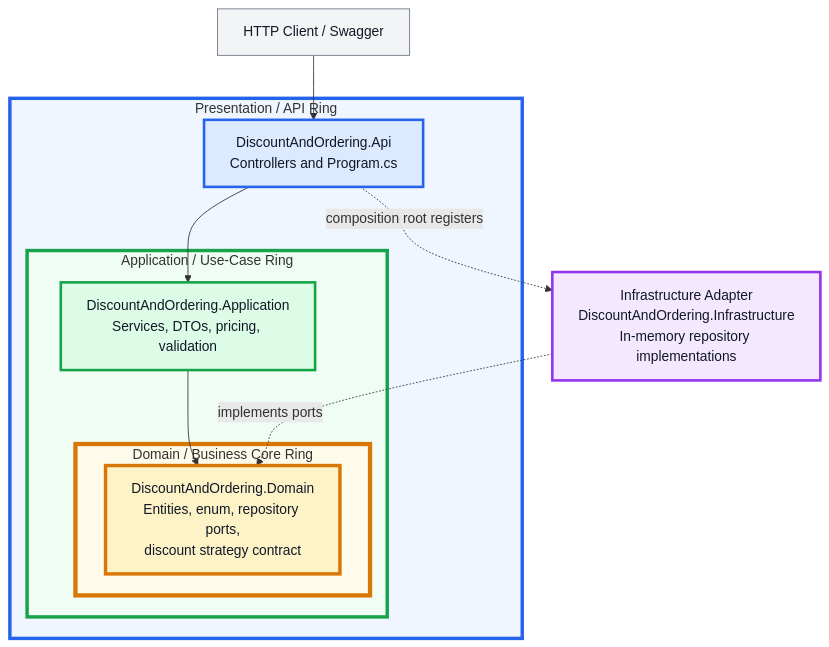
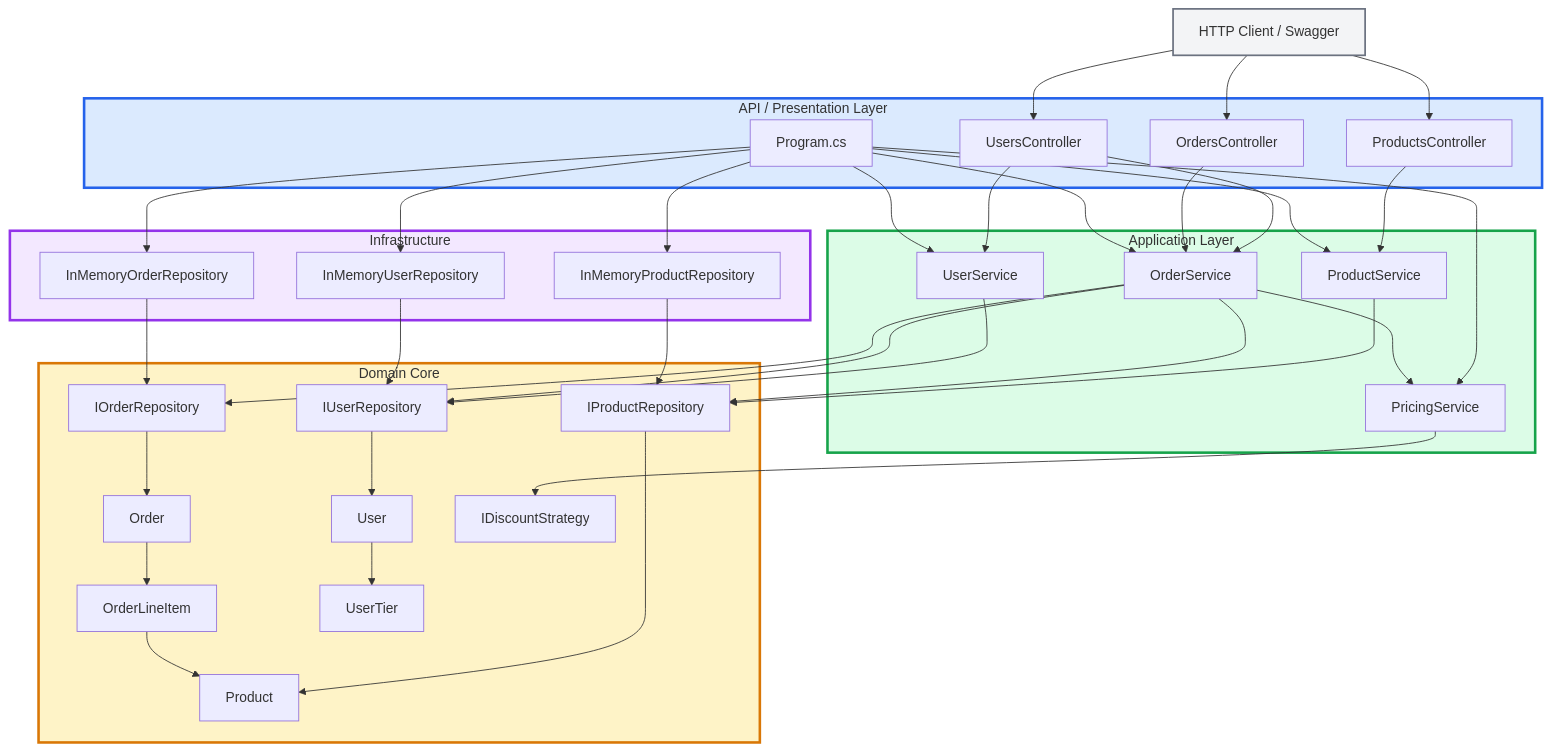
Before and after one commit to getdipakkumar2008-coder/strategypatterndiscountuserorder: the first of 5 diagrams in OnionandDDD.md, drawn with Mermaid. The commit also changed other lines of this file, not shown here.

Commit message:
Simplify and fix Mermaid diagrams for clarity and correctness.

````diff
--- a/OnionandDDD.md
+++ b/OnionandDDD.md
@@ -9,40 +9,80 @@
 ```mermaid
-flowchart TB
+graph TB
     CLIENT["HTTP Client / Swagger"]
-
-    subgraph API_RING["Presentation / API Ring"]
-        API["DiscountAndOrdering.Api<br/>Controllers and Program.cs"]
-
-        subgraph APP_RING["Application / Use-Case Ring"]
-            APP["DiscountAndOrdering.Application<br/>Services, DTOs, pricing, validation"]
-
-            subgraph DOMAIN_RING["Domain / Business Core Ring"]
-                DOMAIN["DiscountAndOrdering.Domain<br/>Entities, enum, repository ports,<br/>discount strategy contract"]
-            end
-        end
+    
+    subgraph API["API / Presentation Layer"]
+        P["ProductsController"]
+        U["UsersController"]
+        O["OrdersController"]
+        PGM["Program.cs"]
     end
-
-    INFRA["Infrastructure Adapter<br/>DiscountAndOrdering.Infrastructure<br/>In-memory repository implementations"]
-
-    CLIENT --> API
-    API --> APP
-    APP --> DOMAIN
-    INFRA -. implements ports .-> DOMAIN
-    API -. composition root registers .-> INFRA
-
-    classDef client fill:#f3f4f6,stroke:#6b7280,color:#111827;
-    classDef api fill:#dbeafe,stroke:#2563eb,stroke-width:3px,color:#111827;
-    classDef app fill:#dcfce7,stroke:#16a34a,stroke-width:3px,color:#111827;
-    classDef domain fill:#fef3c7,stroke:#d97706,stroke-width:4px,color:#111827;
-    classDef infra fill:#f3e8ff,stroke:#9333ea,stroke-width:3px,color:#111827;
-
-    class CLIENT client;
-    class API api;
-    class APP app;
-    class DOMAIN domain;
-    class INFRA infra;
-
-    style API_RING fill:#eff6ff,stroke:#2563eb,stroke-width:4px;
-    style APP_RING fill:#f0fdf4,stroke:#16a34a,stroke-width:4px;
-    style DOMAIN_RING fill:#fffbeb,stroke:#d97706,stroke-width:5px;
+    
+    subgraph APP["Application Layer"]
+        PS["ProductService"]
+        US["UserService"]
+        OS["OrderService"]
+        PRICE["PricingService"]
+    end
+    
+    subgraph DOMAIN["Domain Core"]
+        USER["User"]
+        PRODUCT["Product"]
+        ORDER["Order"]
+        ITEM["OrderLineItem"]
+        TIER["UserTier"]
+        IUR["IUserRepository"]
+        IPR["IProductRepository"]
+        IOR["IOrderRepository"]
+        IDS["IDiscountStrategy"]
+    end
+    
+    subgraph INFRA["Infrastructure"]
+        IUMR["InMemoryUserRepository"]
+        IPMR["InMemoryProductRepository"]
+        IOMR["InMemoryOrderRepository"]
+    end
+    
+    CLIENT --> P
+    CLIENT --> U
+    CLIENT --> O
+    
+    P --> PS
+    U --> US
+    U --> OS
+    O --> OS
+    
+    PGM --> PS
+    PGM --> US
+    PGM --> OS
+    PGM --> PRICE
+    PGM --> IUMR
+    PGM --> IPMR
+    PGM --> IOMR
+    
+    PS --> IPR
+    US --> IUR
+    OS --> IUR
+    OS --> IPR
+    OS --> IOR
+    OS --> PRICE
+    
+    PRICE --> IDS
+    
+    IUR --> USER
+    IPR --> PRODUCT
+    IOR --> ORDER
+    
+    USER --> TIER
+    ORDER --> ITEM
+    ITEM --> PRODUCT
+    
+    IUMR --> IUR
+    IPMR --> IPR
+    IOMR --> IOR
+    
+    style API fill:#dbeafe,stroke:#2563eb,stroke-width:3px
+    style APP fill:#dcfce7,stroke:#16a34a,stroke-width:3px
+    style DOMAIN fill:#fef3c7,stroke:#d97706,stroke-width:3px
+    style INFRA fill:#f3e8ff,stroke:#9333ea,stroke-width:3px
+    style CLIENT fill:#f3f4f6,stroke:#6b7280,stroke-width:2px
 ```
````
